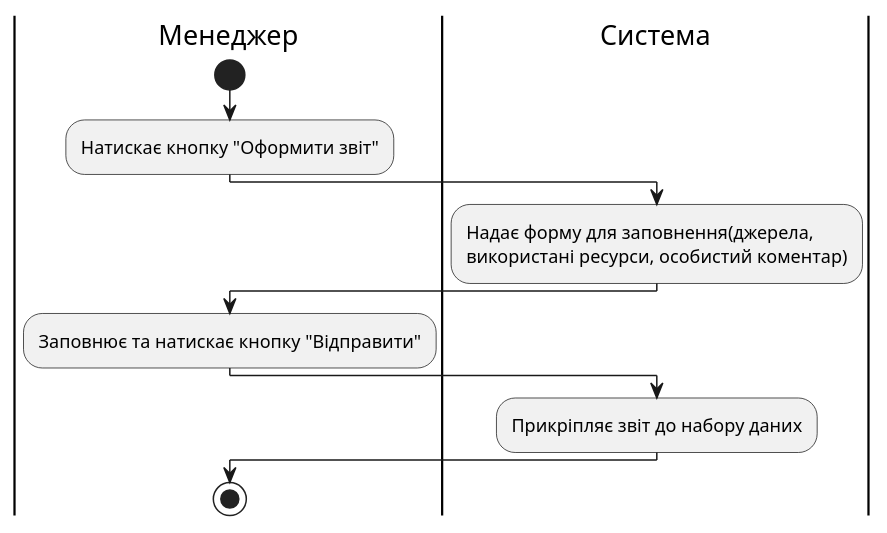
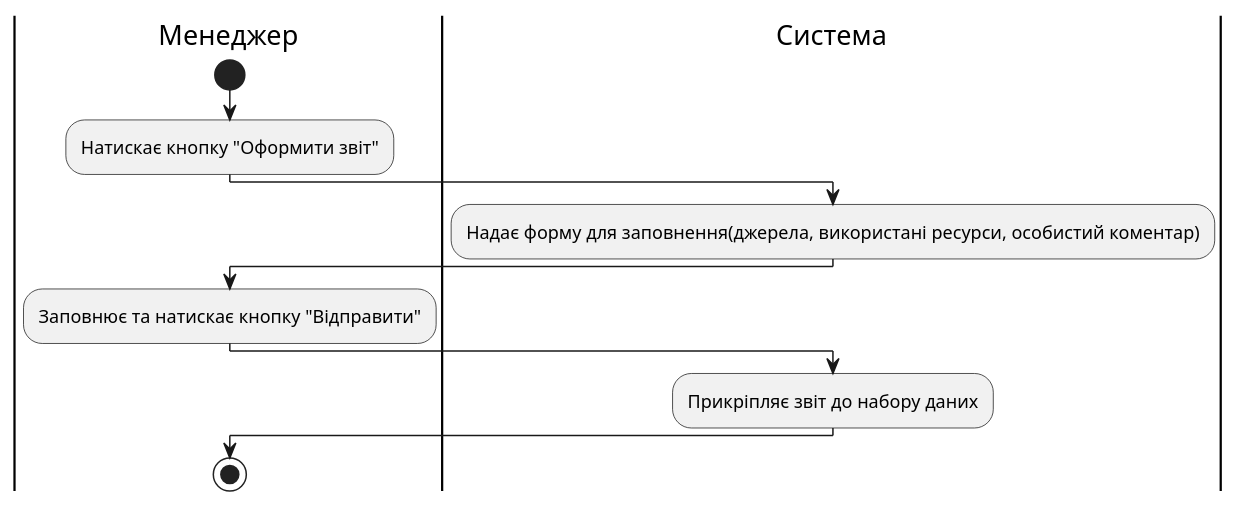
Before and after one commit to anrikolo/obd: the diagram in src/uml/UC7.puml, drawn with PlantUML.

```diff
--- a/src/uml/UC7.puml
+++ b/src/uml/UC7.puml
@@ -2,14 +2,14 @@
 @startuml
 
     |Менеджер|
     start
     :Натискає кнопку "Оформити звіт";
     |Система|
-    :Надає форму для заповнення(джерела, \nвикористані ресурси, особистий коментар);
+    :Надає форму для заповнення(джерела, використані ресурси, особистий коментар);
     |Менеджер|
     :Заповнює та натискає кнопку "Відправити";
     |Система|
     :Прикріпляє звіт до набору даних;
         |Менеджер|
     stop;
 @enduml
```
